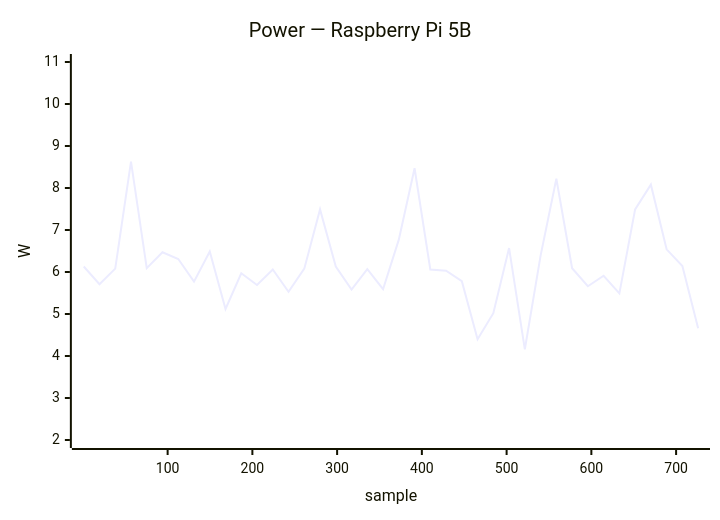
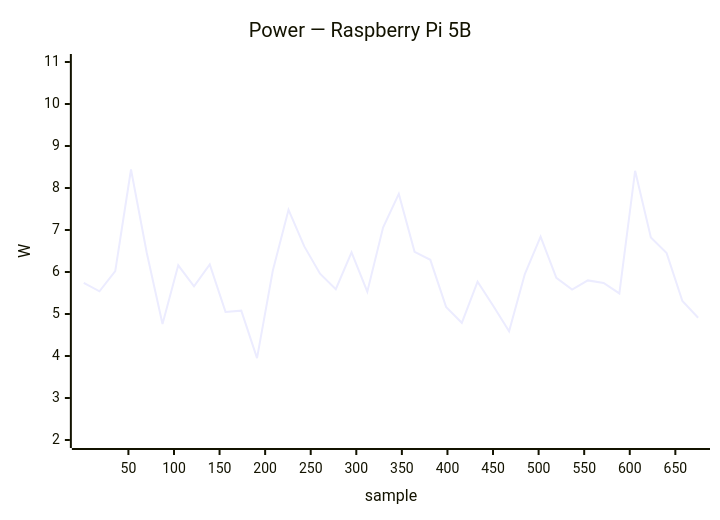
One commit to armbian/documentation changed diagram 23 of 32 in docs/status/board-tests.md. Above: the diagram before and after it, drawn with Mermaid. The commit also changed other lines of this file, not shown here.

````diff
--- a/docs/status/board-tests.md
+++ b/docs/status/board-tests.md
@@ -1218,7 +1347,7 @@
 ```mermaid
 xychart-beta
     title "Power — Raspberry Pi 5B"
-    x-axis "sample" 1 --> 726
+    x-axis "sample" 1 --> 675
     y-axis "W" 2.0 --> 11.0
-    line [6.13, 5.71, 6.08, 8.63, 6.09, 6.47, 6.31, 5.77, 6.49, 5.12, 5.97, 5.69, 6.06, 5.53, 6.08, 7.49, 6.13, 5.58, 6.07, 5.59, 6.77, 8.47, 6.06, 6.03, 5.78, 4.40, 5.02, 6.57, 4.16, 6.39, 8.22, 6.09, 5.66, 5.91, 5.49, 7.49, 8.08, 6.54, 6.14, 4.66]
+    line [5.74, 5.54, 6.02, 8.44, 6.46, 4.76, 6.16, 5.66, 6.18, 5.05, 5.08, 3.95, 6.03, 7.48, 6.61, 5.96, 5.59, 6.47, 5.53, 7.06, 7.86, 6.48, 6.29, 5.17, 4.79, 5.77, 5.19, 4.59, 5.95, 6.84, 5.86, 5.58, 5.80, 5.74, 5.49, 8.41, 6.82, 6.45, 5.31, 4.91]
 ```
````
